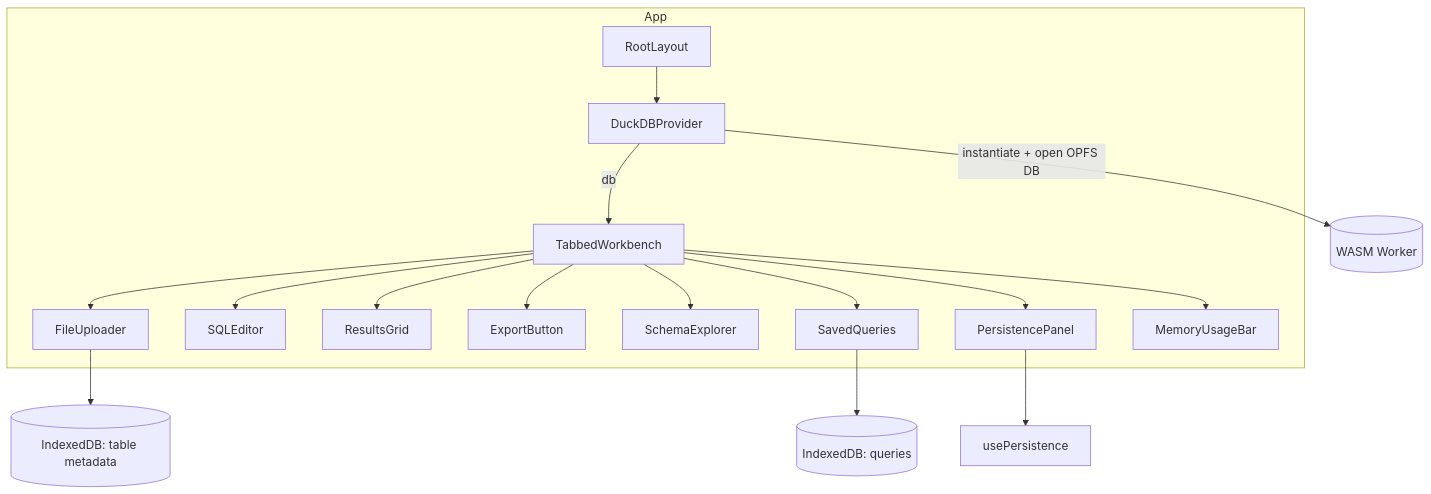
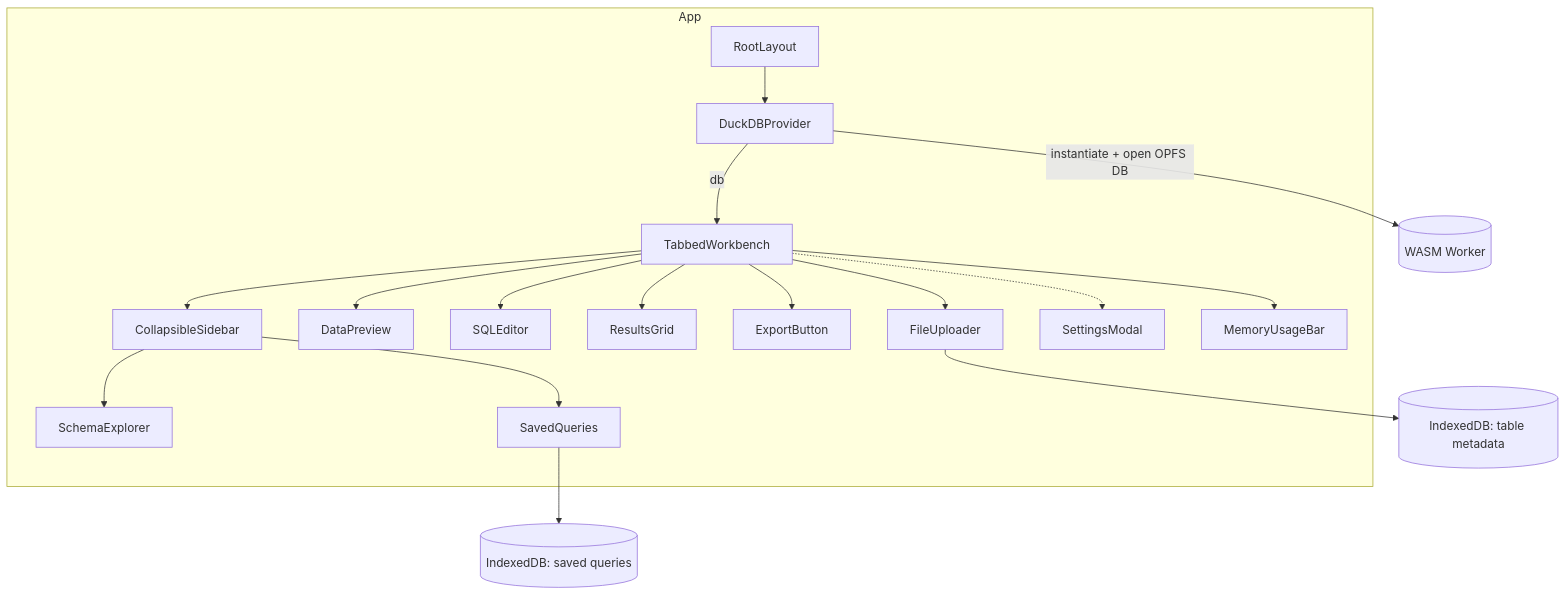
One commit to james-ralph8555/homebench changed the diagram in components/README.md. Above: the diagram before and after it, drawn with Mermaid. The commit also changed other lines of this file and 11 other files, not shown here.

````diff
--- a/components/README.md
+++ b/components/README.md
@@ -7,20 +7,21 @@
 ```mermaid
 graph TD
   subgraph App
     RootLayout --> DuckDBProvider
     DuckDBProvider -->|db| TabbedWorkbench
     TabbedWorkbench --> FileUploader
+    TabbedWorkbench --> DataPreview
     TabbedWorkbench --> SQLEditor
     TabbedWorkbench --> ResultsGrid
     TabbedWorkbench --> ExportButton
-    TabbedWorkbench --> SchemaExplorer
-    TabbedWorkbench --> SavedQueries
-    TabbedWorkbench --> PersistencePanel
+    TabbedWorkbench --> CollapsibleSidebar
+    CollapsibleSidebar --> SchemaExplorer
+    CollapsibleSidebar --> SavedQueries
+    TabbedWorkbench -.-> SettingsModal
     TabbedWorkbench --> MemoryUsageBar
   end
 
   DuckDBProvider -->|instantiate + open OPFS DB| DuckDBWorker[(WASM Worker)]
-  PersistencePanel --> usePersistence
-  SavedQueries --> DexieDB[(IndexedDB: queries)]
+  SavedQueries --> DexieDB[(IndexedDB: saved queries)]
   FileUploader --> TableMetadataStore[(IndexedDB: table metadata)]
 ```
````
